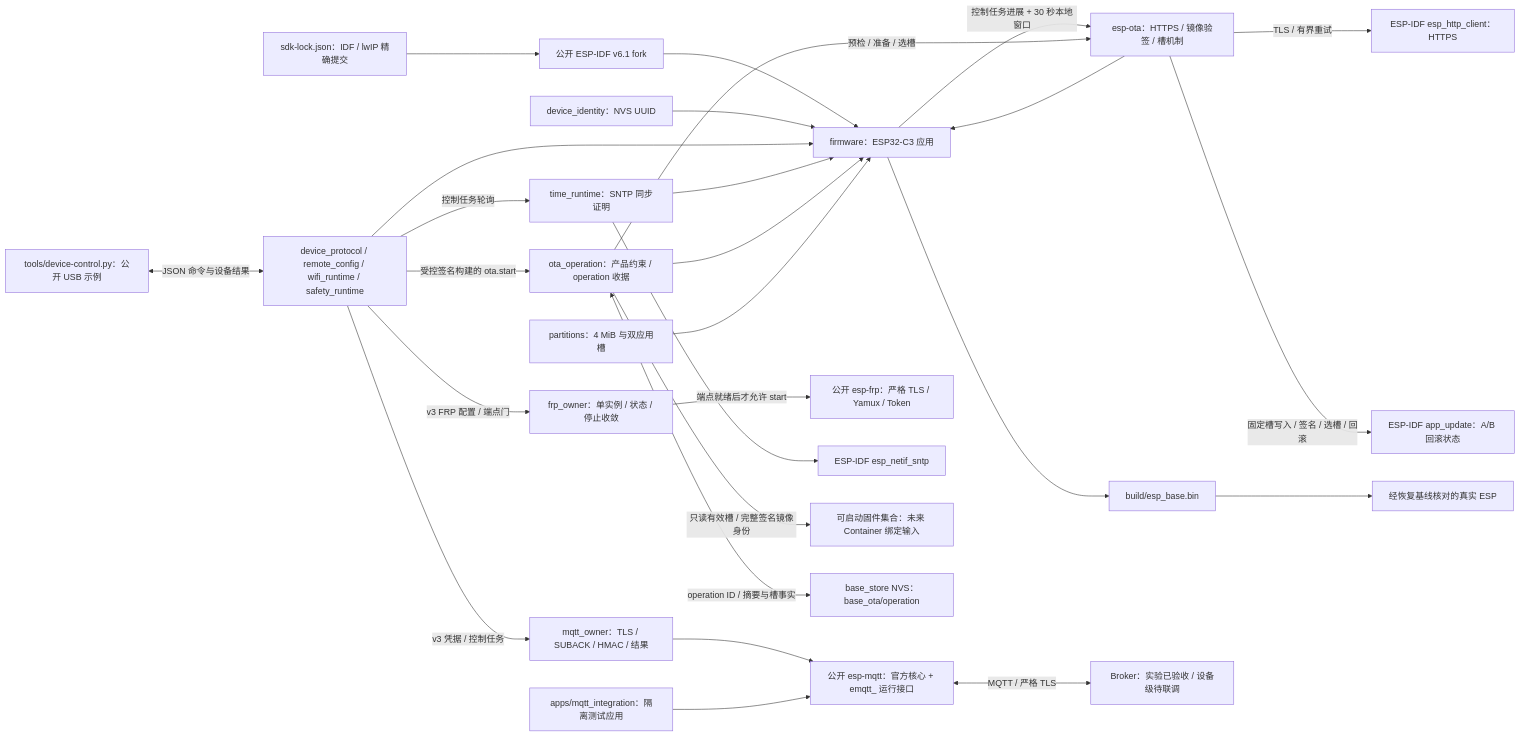
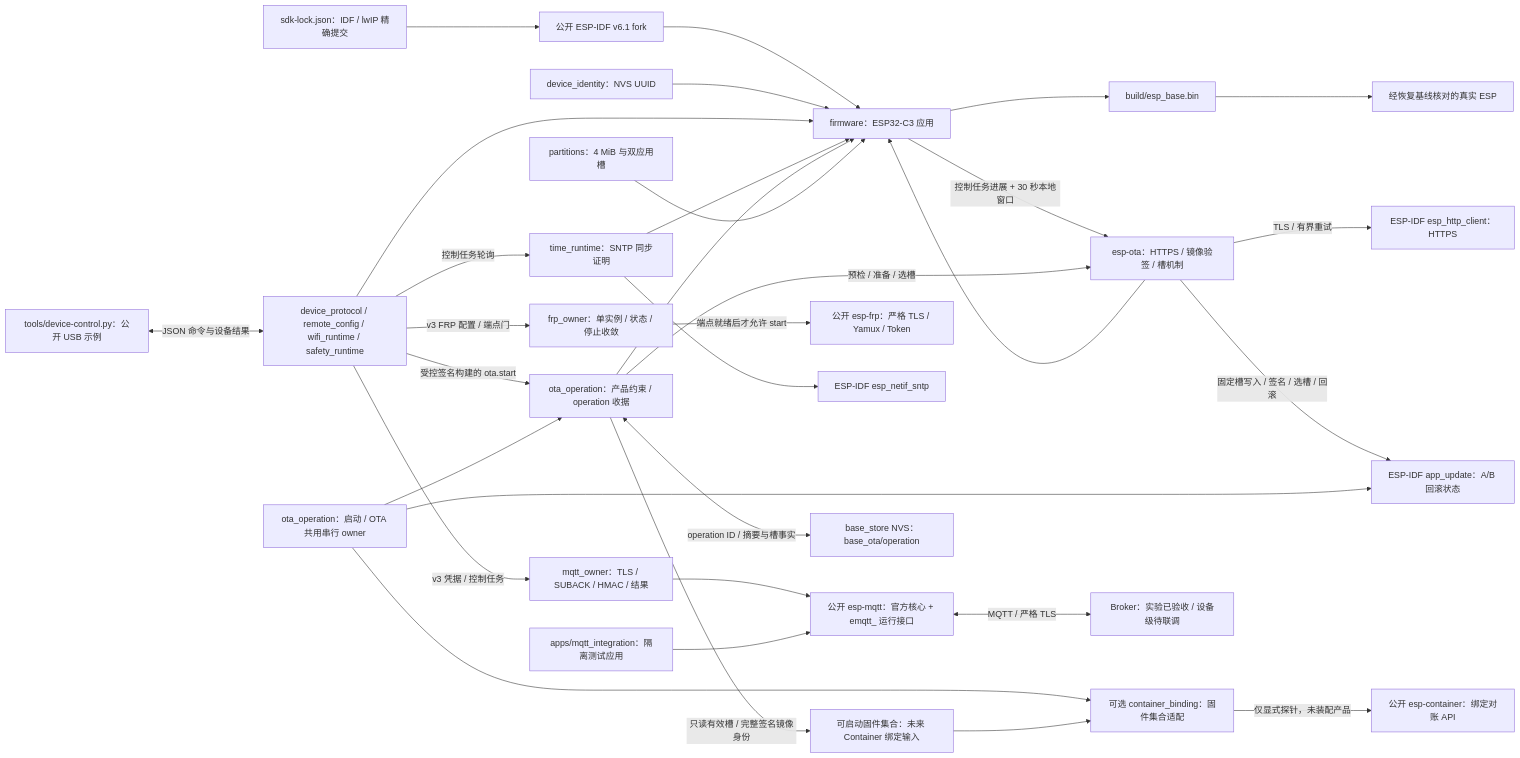
Before and after one commit to darren-you/esp-base: the diagram in README.md, drawn with Mermaid. The commit also changed other lines of this file and 28 other files, not shown here.

Commit message:
接入 Base 启动与 OTA 串行所有者及 Container 固件集合适配

````diff
--- a/README.md
+++ b/README.md
@@ -7,29 +7,34 @@
 ```mermaid
 flowchart LR
     sdk_lock["sdk-lock.json：IDF / lwIP 精确提交"] --> sdk["公开 ESP-IDF v6.1 fork"]
     sdk --> firmware["firmware：ESP32-C3 应用"]
     identity["device_identity：NVS UUID"] --> firmware
     state["device_protocol / remote_config / wifi_runtime / safety_runtime"] --> firmware
     state -->|"v3 凭据 / 控制任务"| mqtt_owner["mqtt_owner：TLS / SUBACK / HMAC / 结果"]
     mqtt_owner --> mqtt
     state -->|"v3 FRP 配置 / 端点门"| frp_owner["frp_owner：单实例 / 状态 / 停止收敛"]
     frp_owner -->|"端点就绪后才允许 start"| frp["公开 esp-frp：严格 TLS / Yamux / Token"]
     time["time_runtime：SNTP 同步证明"] --> firmware
     state -->|"控制任务轮询"| time
     time --> idf_time["ESP-IDF esp_netif_sntp"]
     ota["esp-ota：HTTPS / 镜像验签 / 槽机制"] --> firmware
     receipt["ota_operation：产品约束 / operation 收据"] --> firmware
     receipt -->|"只读有效槽 / 完整签名镜像身份"| image_set["可启动固件集合：未来 Container 绑定输入"]
     firmware -->|"控制任务进展 + 30 秒本地窗口"| ota
     state -->|"受控签名构建的 ota.start"| receipt
     receipt -->|"预检 / 准备 / 选槽"| ota
     ota -->|"TLS / 有界重试"| https["ESP-IDF esp_http_client：HTTPS"]
     ota -->|"固定槽写入 / 签名 / 选槽 / 回滚"| slot["ESP-IDF app_update：A/B 回滚状态"]
     receipt <-->|"operation ID / 摘要与槽事实"| nvs["base_store NVS：base_ota/operation"]
+    owner["ota_operation：启动 / OTA 共用串行 owner"] --> receipt
+    owner --> slot
+    binding["可选 container_binding：固件集合适配"] -->|"仅显式探针，未装配产品"| container["公开 esp-container：绑定对账 API"]
+    owner --> binding
+    image_set --> binding
     layout["partitions：4 MiB 与双应用槽"] --> firmware
     host["tools/device-control.py：公开 USB 示例"] <-->|"JSON 命令与设备结果"| state
     firmware --> image["build/esp_base.bin"]
     lab["apps/mqtt_integration：隔离测试应用"] --> mqtt["公开 esp-mqtt：官方核心 + emqtt_ 运行接口"]
     mqtt <-->|"MQTT / 严格 TLS"| broker["Broker：实验已验收 / 设备级待联调"]
     image --> board["经恢复基线核对的真实 ESP"]
 ```
````
